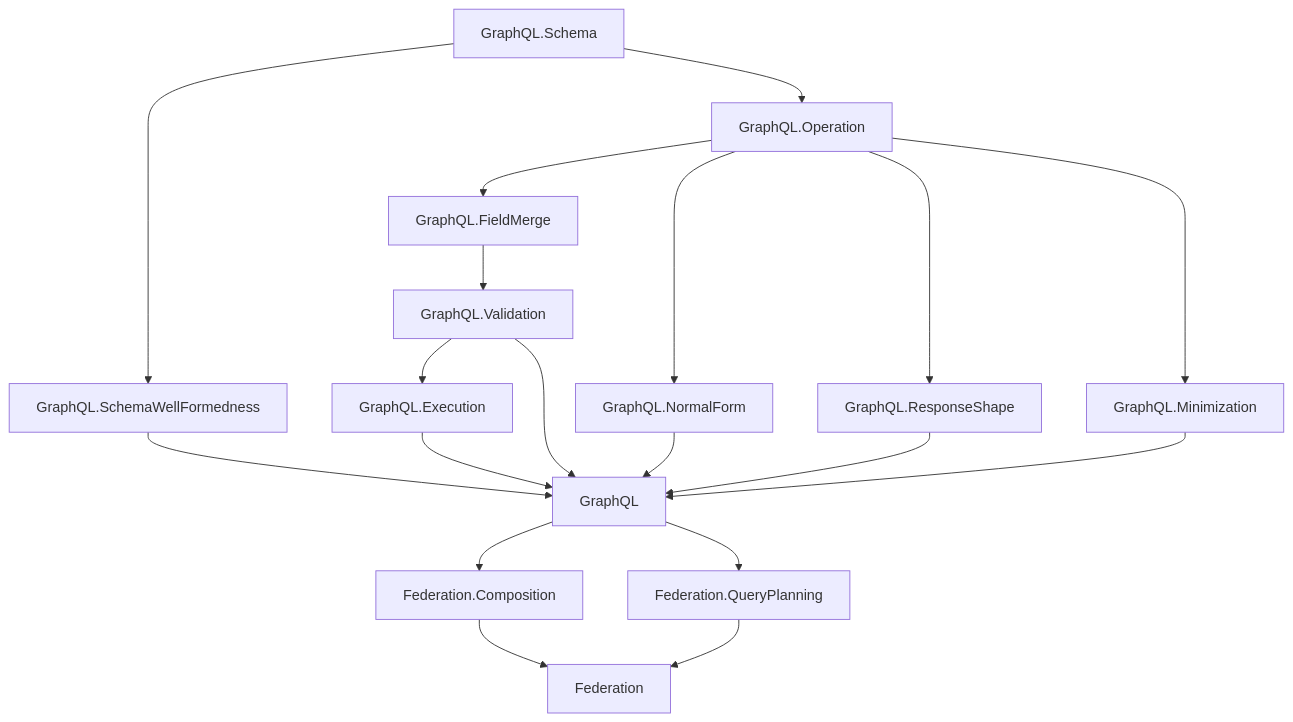
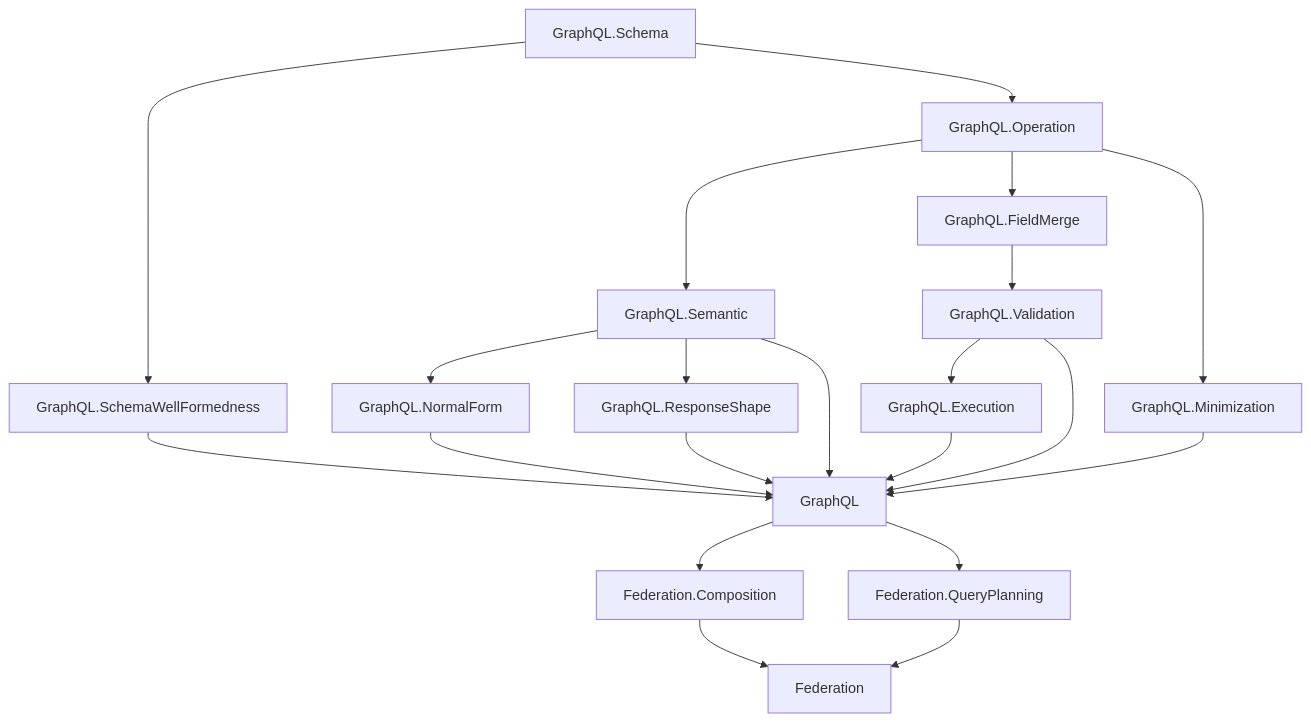
One commit to duckki/GraphQL.lean changed the diagram in docs/overview.md. Above: the diagram before and after it, drawn with Mermaid. The commit also changed other lines of this file and 7 other files, not shown here.

````diff
--- a/docs/overview.md
+++ b/docs/overview.md
@@ -11,38 +11,41 @@
 ```mermaid
 flowchart TD
   Schema["GraphQL.Schema"]
   SchemaWF["GraphQL.SchemaWellFormedness"]
   Operation["GraphQL.Operation"]
+  Semantic["GraphQL.Semantic"]
   FieldMerge["GraphQL.FieldMerge"]
   Validation["GraphQL.Validation"]
   NormalForm["GraphQL.NormalForm"]
   ResponseShape["GraphQL.ResponseShape"]
   Execution["GraphQL.Execution"]
   Minimization["GraphQL.Minimization"]
   GraphQLRoot["GraphQL"]
 
   FederationComposition["Federation.Composition"]
   FederationQueryPlanning["Federation.QueryPlanning"]
   FederationRoot["Federation"]
 
   Schema --> SchemaWF
   Schema --> Operation
+  Operation --> Semantic
   Operation --> FieldMerge
   FieldMerge --> Validation
-  Operation --> NormalForm
+  Semantic --> NormalForm
   Validation --> Execution
-  Operation --> ResponseShape
+  Semantic --> ResponseShape
   Operation --> Minimization
 
   SchemaWF --> GraphQLRoot
+  Semantic --> GraphQLRoot
   Validation --> GraphQLRoot
   NormalForm --> GraphQLRoot
   ResponseShape --> GraphQLRoot
   Execution --> GraphQLRoot
   Minimization --> GraphQLRoot
 
   GraphQLRoot --> FederationComposition
   GraphQLRoot --> FederationQueryPlanning
   FederationComposition --> FederationRoot
   FederationQueryPlanning --> FederationRoot
 ```
````
